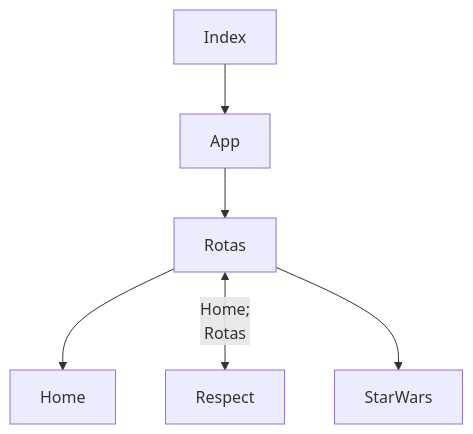
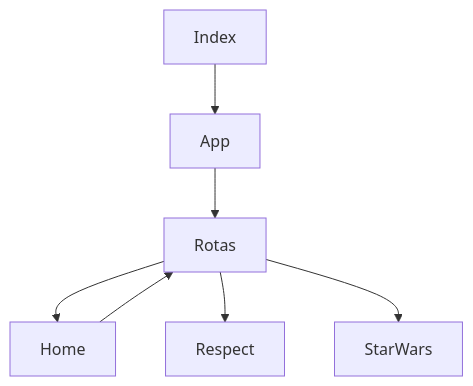
Before and after one commit to MQ-J/ReactMobile: the diagram in README.md, drawn with Mermaid.

Commit message:
att README flow chart

````diff
--- a/README.md
+++ b/README.md
@@ -15,9 +15,9 @@
 ```mermaid
 graph TD;
     Index-->App;
     App-->Rotas;
     Rotas-->Home;
-    Rotas<--Home;
+    Home-->Rotas;
     Rotas-->Respect;
     Rotas-->StarWars;
 ```
````
